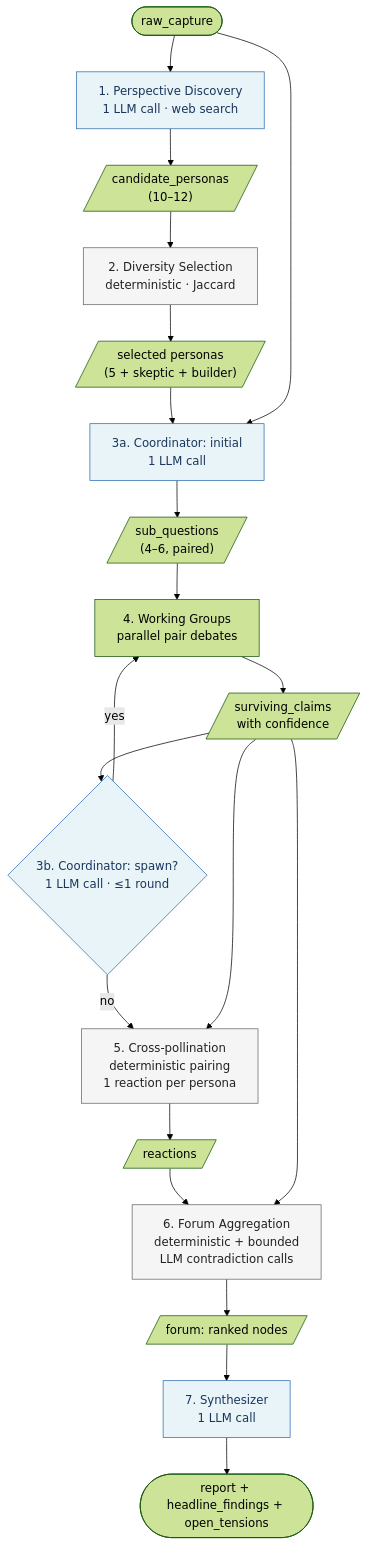
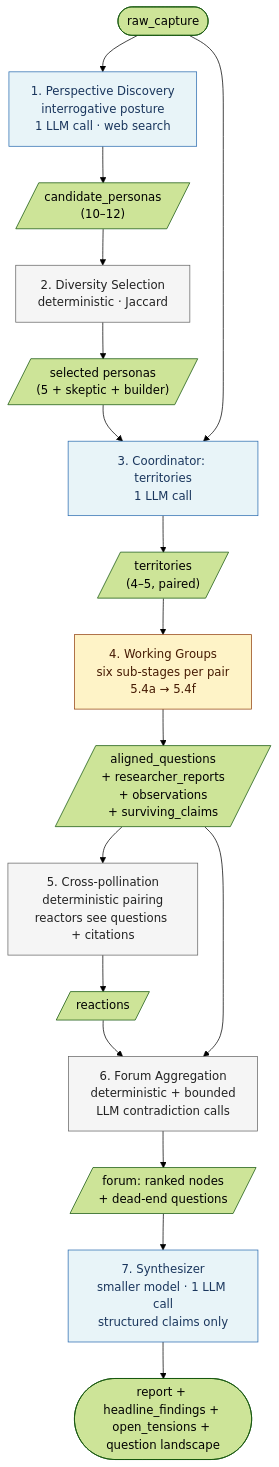
One commit to erykpiast/msv changed the first of 3 diagrams in specs/architecture.md. Above: the diagram before and after it, drawn with Mermaid (forest theme). The commit also changed other lines of this file and 2 other files, not shown here.

First line of the commit message:
docs(msv): reframe as question-generation machine, add v5 rebuild spec

````diff
--- a/specs/architecture.md
+++ b/specs/architecture.md
@@ -11,29 +11,28 @@
 ```mermaid
 flowchart TD
     Input([raw_capture])
 
-    Input --> S1["1. Perspective Discovery<br/>1 LLM call · web search"]
+    Input --> S1["1. Perspective Discovery<br/>interrogative posture<br/>1 LLM call · web search"]
     S1 --> A1[/"candidate_personas<br/>(10–12)"/]
     A1 --> S2["2. Diversity Selection<br/>deterministic · Jaccard"]
     S2 --> A2[/"selected personas<br/>(5 + skeptic + builder)"/]
-    A2 --> S3a["3a. Coordinator: initial<br/>1 LLM call"]
+    A2 --> S3a["3. Coordinator: territories<br/>1 LLM call"]
     Input --> S3a
-    S3a --> A3[/"sub_questions<br/>(4–6, paired)"/]
-    A3 --> S4["4. Working Groups<br/>parallel pair debates"]
-    S4 --> A4[/"surviving_claims<br/>with confidence"/]
-    A4 --> S3b{"3b. Coordinator: spawn?<br/>1 LLM call · ≤1 round"}
-    S3b -- yes --> S4
-    S3b -- no --> S5["5. Cross-pollination<br/>deterministic pairing<br/>1 reaction per persona"]
-    A4 --> S5
+    S3a --> A3[/"territories<br/>(4–5, paired)"/]
+    A3 --> S4["4. Working Groups<br/>six sub-stages per pair<br/>5.4a → 5.4f"]
+    S4 --> A4[/"aligned_questions<br/>+ researcher_reports<br/>+ observations<br/>+ surviving_claims"/]
+    A4 --> S5["5. Cross-pollination<br/>deterministic pairing<br/>reactors see questions + citations"]
     S5 --> A5[/"reactions"/]
     A5 --> S6["6. Forum Aggregation<br/>deterministic + bounded<br/>LLM contradiction calls"]
     A4 --> S6
-    S6 --> A6[/"forum: ranked nodes"/]
-    A6 --> S7["7. Synthesizer<br/>1 LLM call"]
-    S7 --> Output([report + headline_findings + open_tensions])
+    S6 --> A6[/"forum: ranked nodes<br/>+ dead-end questions"/]
+    A6 --> S7["7. Synthesizer<br/>smaller model · 1 LLM call<br/>structured claims only"]
+    S7 --> Output([report + headline_findings + open_tensions + question landscape])
 
     classDef llm fill:#e8f4f8,stroke:#2b6cb0,color:#1a365d
     classDef det fill:#f5f5f5,stroke:#666,color:#222
-    class S1,S3a,S3b,S7 llm
+    classDef wg fill:#fef3c7,stroke:#92400e,color:#451a03
+    class S1,S3a,S7 llm
     class S2,S5,S6 det
+    class S4 wg
 ```
````
